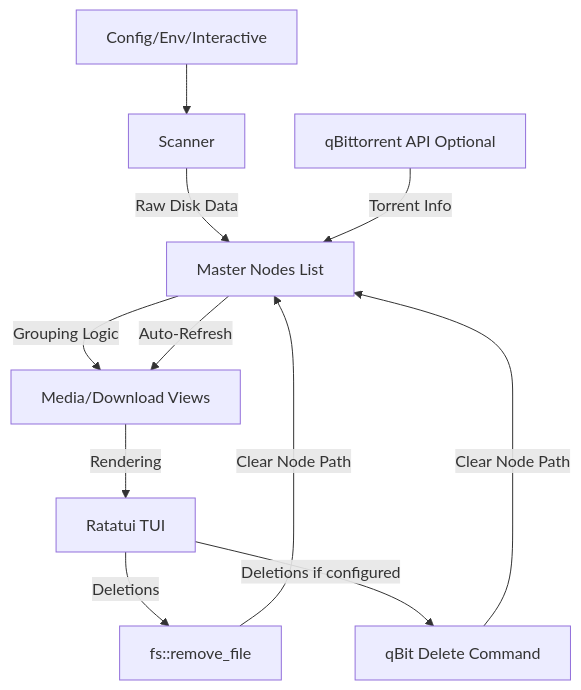
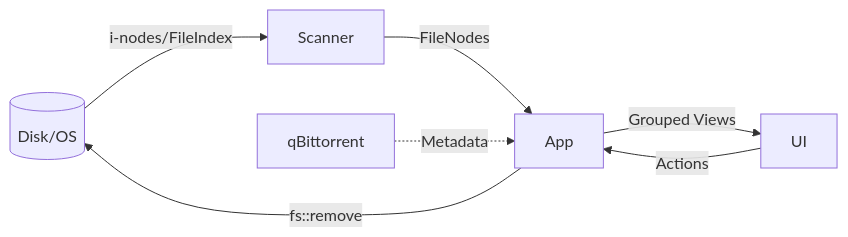
The diagram in docs/architecture_overview.md (albert-araque/ratatidy), drawn with Mermaid before and after one commit. The commit also changed other lines of this file and 11 other files, not shown here.

````diff
--- a/docs/architecture_overview.md
+++ b/docs/architecture_overview.md
@@ -39,12 +32,9 @@
 ```mermaid
-graph TD
-    Config[Config/Env/Interactive] --> Scanner
-    Scanner -->|Raw Disk Data| Nodes[Master Nodes List]
-    QBit[qBittorrent API Optional] -->|Torrent Info| Nodes
-    Nodes -->|Grouping Logic| Groups[Media/Download Views]
-    Groups -->|Rendering| UI[Ratatui TUI]
-    UI -->|Deletions| Disk[fs::remove_file]
-    UI -->|Deletions if configured| QBitAPI[qBit Delete Command]
-    Disk & QBitAPI -->|Clear Node Path| Nodes
-    Nodes -->|Auto-Refresh| Groups
+graph LR
+    Disk[(Disk/OS)] -->|i-nodes/FileIndex| Scanner
+    Scanner -->|FileNodes| App
+    QBitAPI[qBittorrent] -.->|Metadata| App
+    App -->|Grouped Views| UI
+    UI -->|Actions| App
+    App -->|fs::remove| Disk
 ```
````
